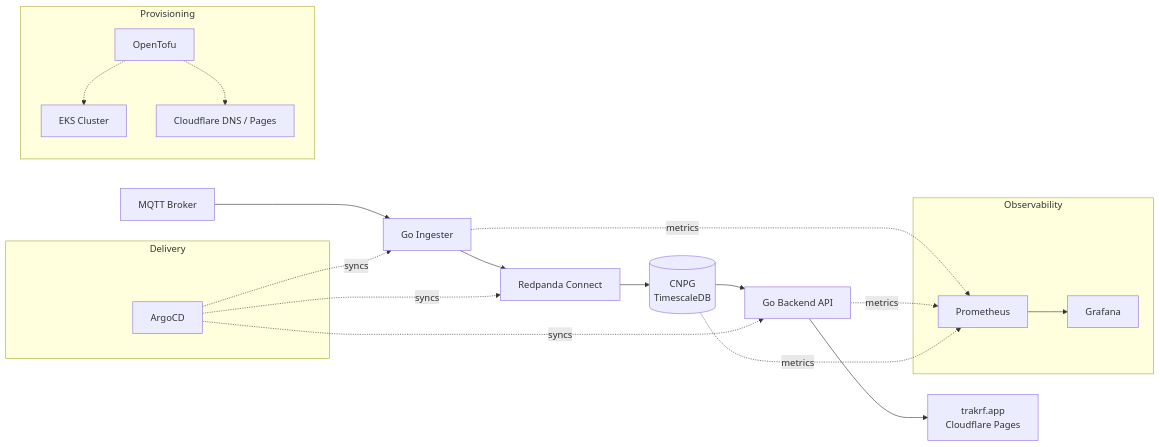
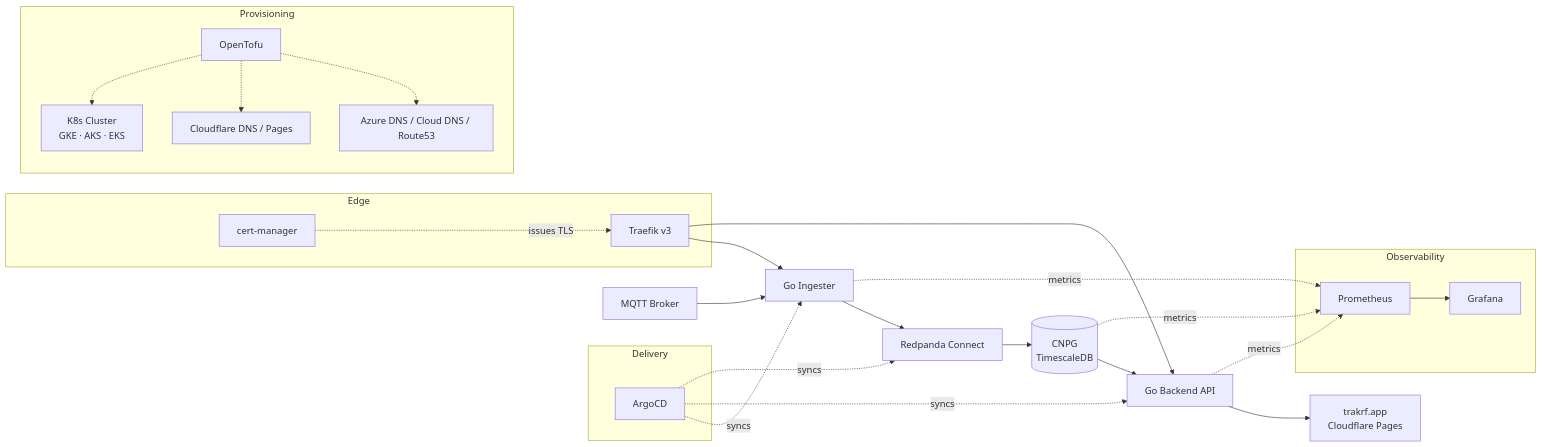
One commit to trakrf/infra changed the diagram in README.md. Above: the diagram before and after it, drawn with Mermaid. The commit also changed other lines of this file, not shown here.

First line of the commit message:
docs: refresh README for multi-cloud (GKE/AKS/EKS) reality

````diff
--- a/README.md
+++ b/README.md
@@ -11,30 +13,39 @@
 ```mermaid
 graph LR
   MQTT[MQTT Broker] --> ING[Go Ingester]
   ING --> RPC[Redpanda Connect]
   RPC --> DB[(CNPG<br/>TimescaleDB)]
   DB --> API[Go Backend API]
   API --> WEB[trakrf.app<br/>Cloudflare Pages]
 
   subgraph Observability
     PROM[Prometheus]
     GRAF[Grafana]
     PROM --> GRAF
   end
   ING -.metrics.-> PROM
   API -.metrics.-> PROM
   DB -.metrics.-> PROM
 
   subgraph Delivery
     ARGO[ArgoCD]
   end
   ARGO -.syncs.-> ING
   ARGO -.syncs.-> API
   ARGO -.syncs.-> RPC
 
+  subgraph Edge
+    TR[Traefik v3]
+    CM[cert-manager]
+    CM -.issues TLS.-> TR
+  end
+  TR --> ING
+  TR --> API
+
   subgraph Provisioning
     TF[OpenTofu]
-    TF -.-> EKS[EKS Cluster]
+    TF -.-> K8S[K8s Cluster<br/>GKE · AKS · EKS]
     TF -.-> CF[Cloudflare DNS / Pages]
+    TF -.-> CDNS[Azure DNS / Cloud DNS / Route53]
   end
 ```
````
